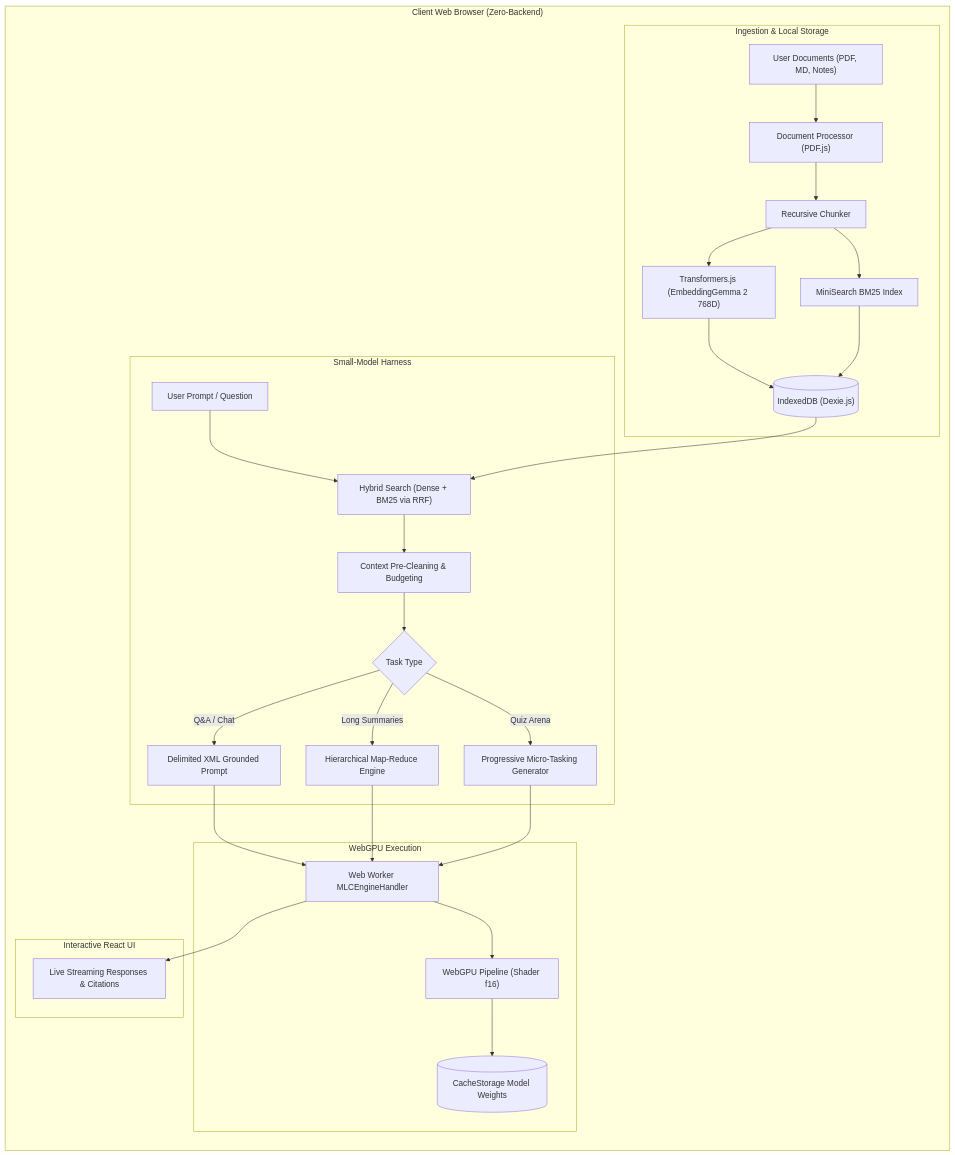
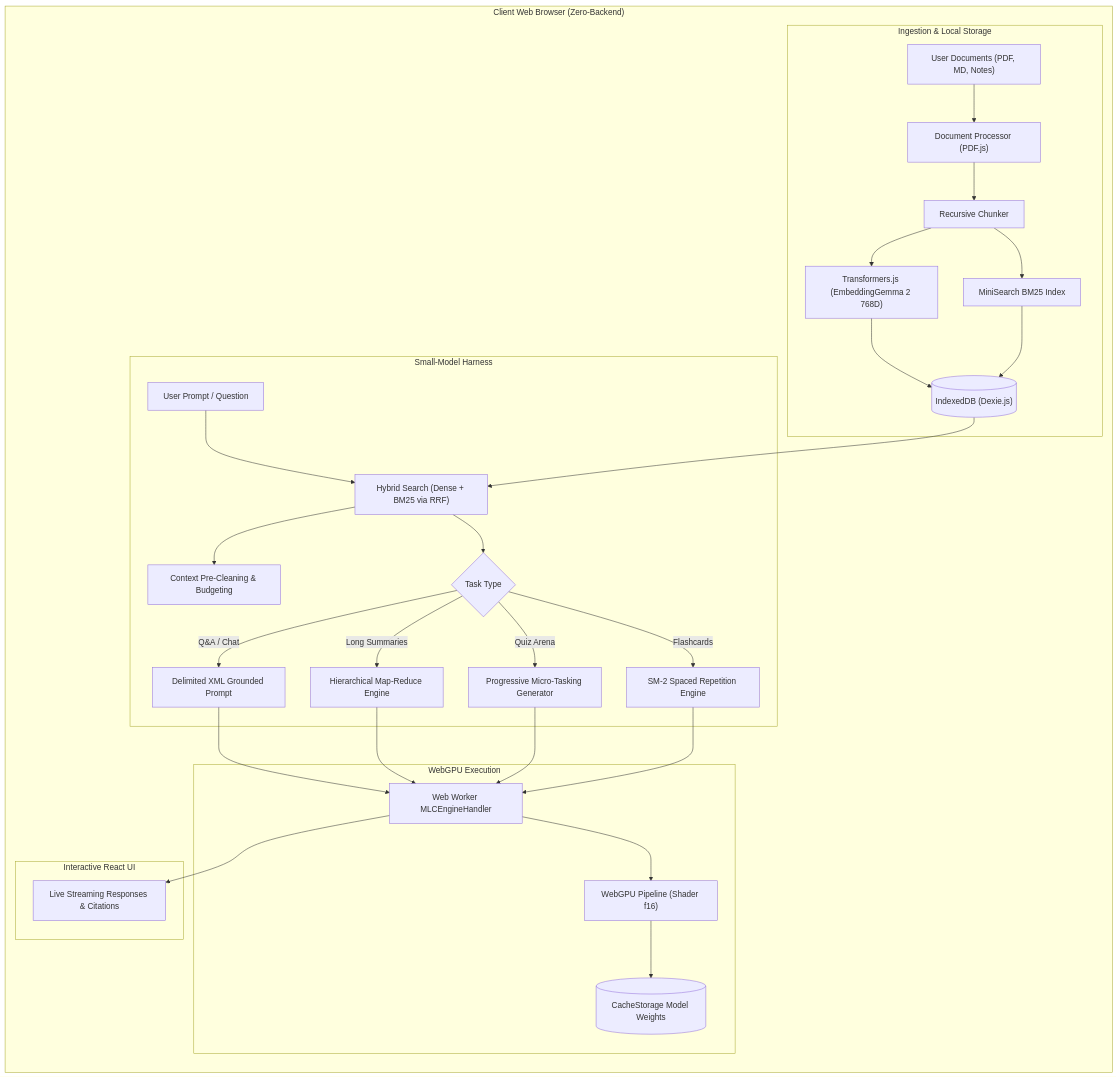
Before and after one commit to Mage-Enderman/webllm-doc-assistant-ScribeWebLLM: the diagram in openwiki/overview.md, drawn with Mermaid. The commit also changed other lines of this file and 14 other files, not shown here.

````diff
--- a/openwiki/overview.md
+++ b/openwiki/overview.md
@@ -27,34 +27,36 @@
 ```mermaid
 flowchart TD
     subgraph Browser_Environment ["Client Web Browser (Zero-Backend)"]
         direction TB
 
         subgraph Ingestion_Layer ["Ingestion & Local Storage"]
             Upload["User Documents (PDF, MD, Notes)"] --> DocProc["Document Processor (PDF.js)"]
             DocProc --> Chunker["Recursive Chunker"]
             Chunker --> Embedder["Transformers.js (EmbeddingGemma 2 768D)"]
             Chunker --> Lexical["MiniSearch BM25 Index"]
             Embedder & Lexical --> LocalDB[("IndexedDB (Dexie.js)")]
         end
 
         subgraph RAG_Harness ["Small-Model Harness"]
             UserQuery["User Prompt / Question"] --> HybridSearch["Hybrid Search (Dense + BM25 via RRF)"]
             LocalDB --> HybridSearch
             HybridSearch --> ContextPreClean["Context Pre-Cleaning & Budgeting"]
-            ContextPreClean --> TaskRouter{"Task Type"}
+            TaskRouter{"Task Type"}
+            HybridSearch --> TaskRouter
             TaskRouter -- "Q&A / Chat" --> DelimitedPrompt["Delimited XML Grounded Prompt"]
             TaskRouter -- "Long Summaries" --> MapReduceEngine["Hierarchical Map-Reduce Engine"]
             TaskRouter -- "Quiz Arena" --> ProgressiveMicroTask["Progressive Micro-Tasking Generator"]
+            TaskRouter -- "Flashcards" --> SM2Engine["SM-2 Spaced Repetition Engine"]
         end
 
         subgraph Execution_Layer ["WebGPU Execution"]
-            DelimitedPrompt & MapReduceEngine & ProgressiveMicroTask --> WorkerThread["Web Worker MLCEngineHandler"]
+            DelimitedPrompt & MapReduceEngine & ProgressiveMicroTask & SM2Engine --> WorkerThread["Web Worker MLCEngineHandler"]
             WorkerThread --> WebGPU["WebGPU Pipeline (Shader f16)"]
             WebGPU --> CacheStorage[("CacheStorage Model Weights")]
         end
 
         subgraph UI_Layer ["Interactive React UI"]
             WorkerThread --> StreamingUI["Live Streaming Responses & Citations"]
         end
     end
 ```
````
